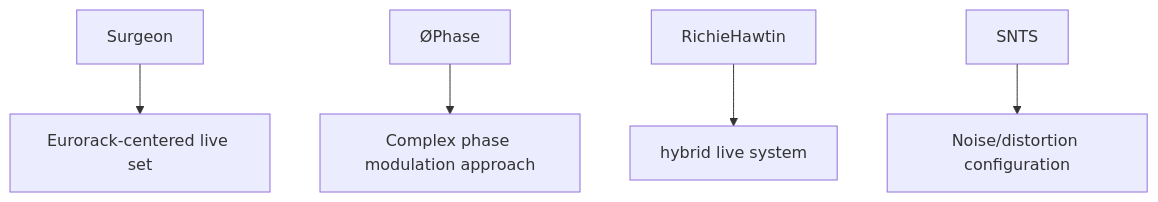
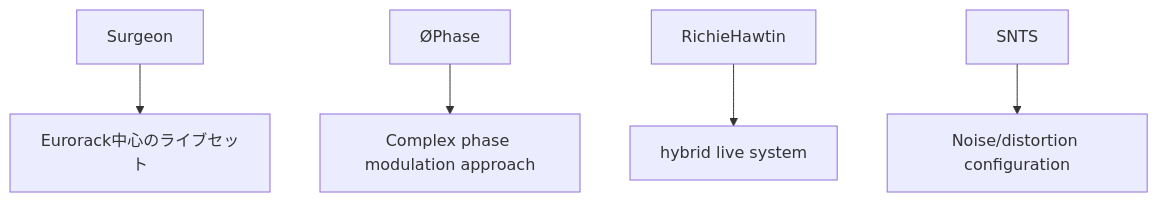
One commit to monumental-movement/monumental-movement.github.io changed the fourth of 12 diagrams in en/_posts/2025-11-30-column-modular-techno.md. Above: the diagram before and after it, drawn with Mermaid. The commit also changed other lines of this file and 1012 other files, not shown here.

```diff
--- a/en/_posts/2025-11-30-column-modular-techno.md
+++ b/en/_posts/2025-11-30-column-modular-techno.md
@@ -117,7 +117,7 @@
 <div class="mermaid">
 graph TD
-    Surgeon --> Eurorack[Eurorack-centered live set]
+    Surgeon --> Eurorack[Eurorack中心のライブセット]
     ØPhase --> PhaseMod[Complex phase modulation approach]
     RichieHawtin --> HybridSet[hybrid live system]
     SNTS --> NoiseStack[Noise/distortion configuration]
 </div>
```
